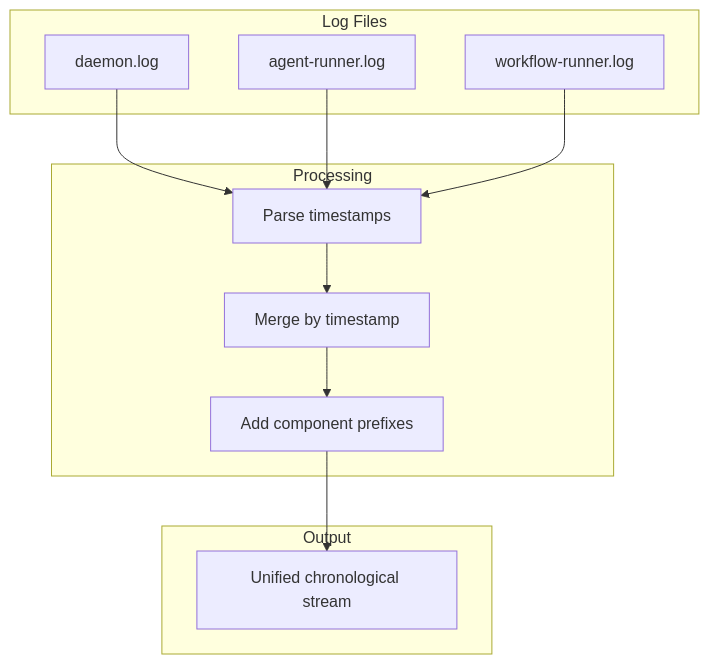
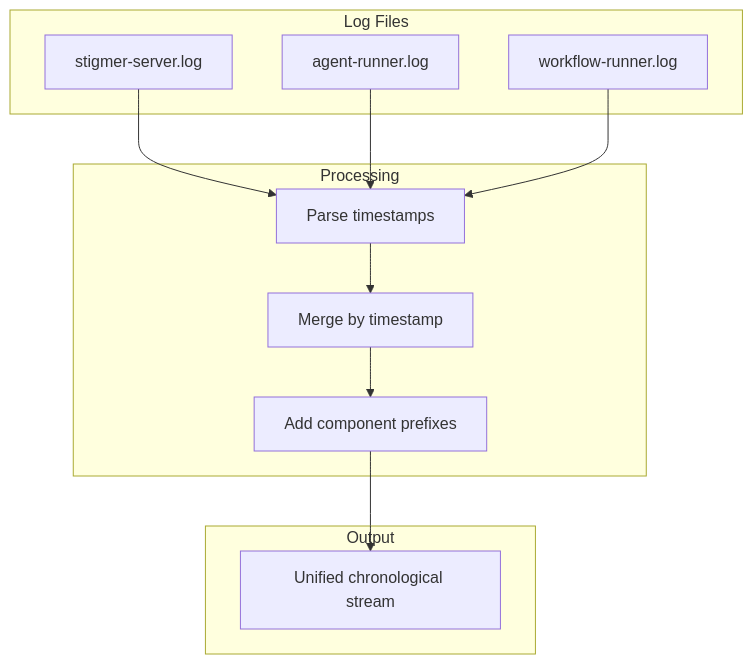
One commit to stigmer/stigmer changed the second of 3 diagrams in docs/cli/server-logs.md. Above: the diagram before and after it, drawn with Mermaid. The commit also changed other lines of this file and 16 other files, not shown here.

````diff
--- a/docs/cli/server-logs.md
+++ b/docs/cli/server-logs.md
@@ -145,25 +145,25 @@
 ```mermaid
 flowchart TB
     subgraph "Log Files"
-        A[daemon.log]
+        A[stigmer-server.log]
         B[agent-runner.log]
         C[workflow-runner.log]
     end
     
     subgraph "Processing"
         D[Parse timestamps]
         E[Merge by timestamp]
         F[Add component prefixes]
     end
     
     subgraph "Output"
         G[Unified chronological stream]
     end
     
     A --> D
     B --> D
     C --> D
     D --> E
     E --> F
     F --> G
 ```
````
